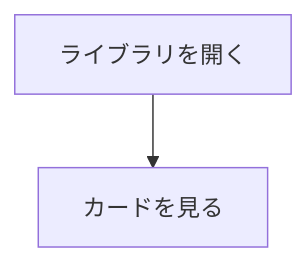
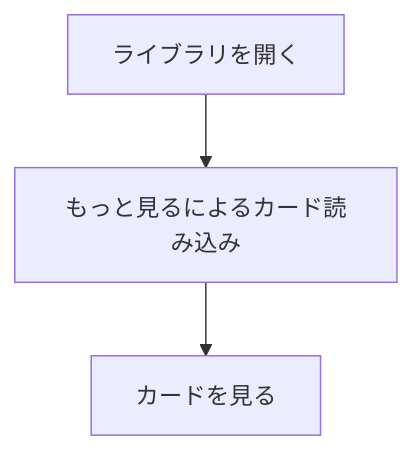
The sixth of 20 diagrams in memory-bank/userJourneys.md (tmaeda11235/style-atelier), drawn with Mermaid before and after one commit. The commit also changed other lines of this file and 10 other files, not shown here.

````diff
--- a/memory-bank/userJourneys.md
+++ b/memory-bank/userJourneys.md
@@ -115,6 +119,8 @@
 ```mermaid
 flowchart TD
   S1["ライブラリを開く"]
-  S2["カードを見る"]
+  S2["もっと見るによるカード読み込み"]
   S1 --> S2
+  S3["カードを見る"]
+  S2 --> S3
 ```
````
